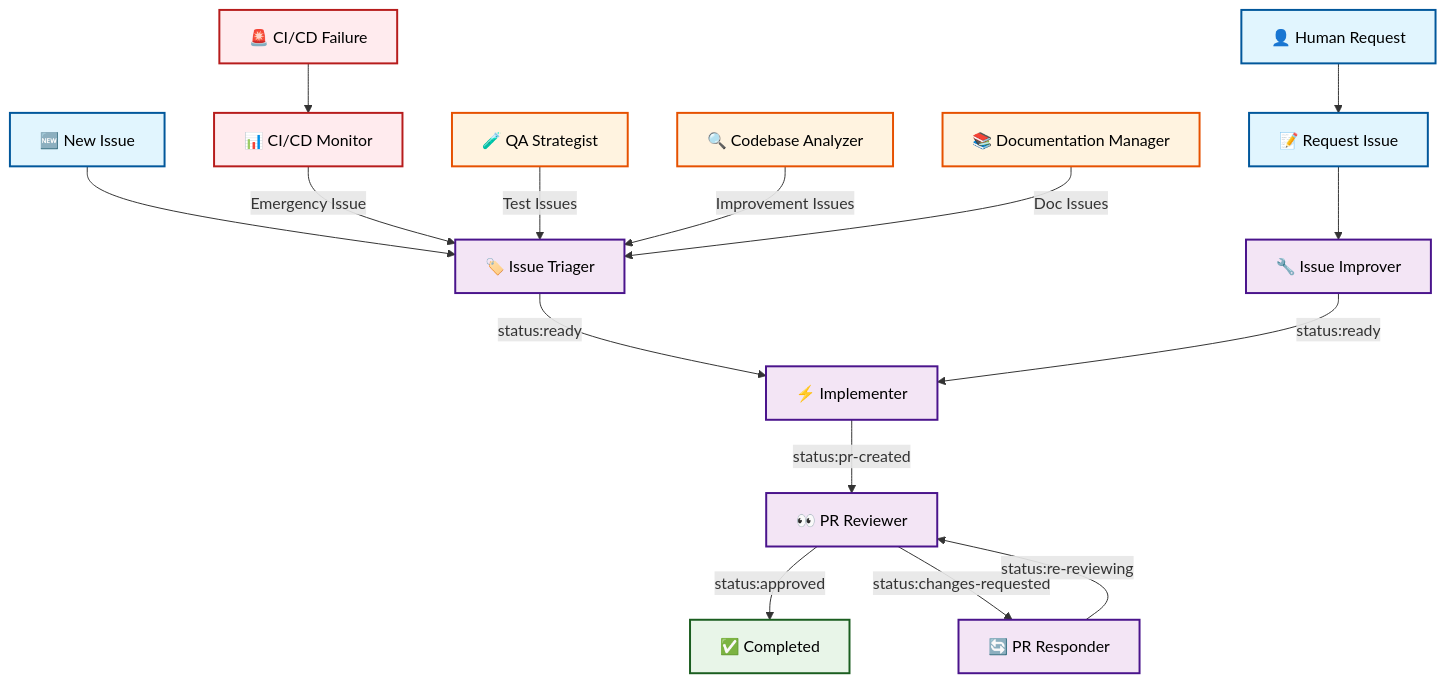
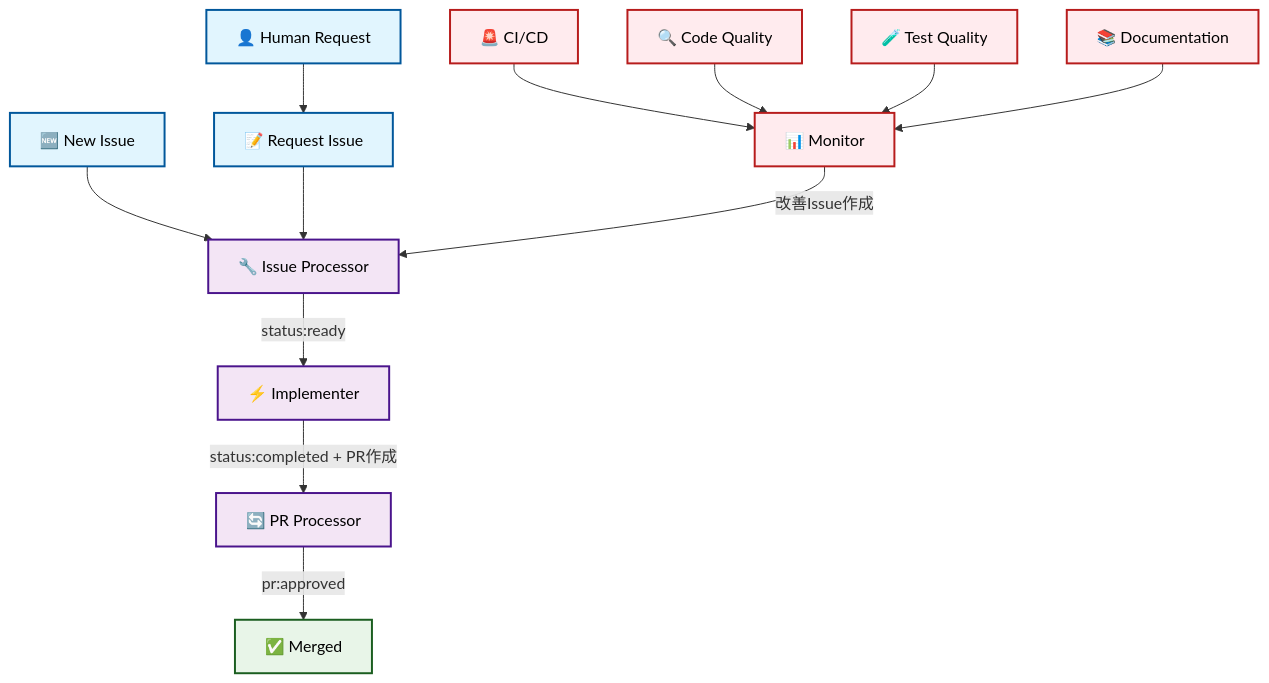
One commit to sotaroNishioka/claude-developer changed the first of 3 diagrams in README.md. Above: the diagram before and after it, drawn with Mermaid. The commit also changed other lines of this file and 12 other files, not shown here.

````diff
--- a/README.md
+++ b/README.md
@@ -133,39 +135,34 @@
 ```mermaid
 graph TD
     %% 人間からの入力
     HumanRequest[👤 Human Request] --> RequestIssue[📝 Request Issue]
-    NewIssue[🆕 New Issue] --> IssueTriager
+    NewIssue[🆕 New Issue] --> IssueProcessor
 
-    %% Issue処理フロー  
-    RequestIssue --> IssueImprover[🔧 Issue Improver]
-    IssueTriager[🏷️ Issue Triager] --> |status:ready| Implementer[⚡ Implementer]
-    IssueImprover --> |status:ready| Implementer
+    %% Issue処理フロー（統合）
+    RequestIssue --> IssueProcessor[🔧 Issue Processor]
+    IssueProcessor --> |status:ready| Implementer[⚡ Implementer]
     
-    %% 実装・レビューサイクル
-    Implementer --> |status:pr-created| PRReviewer[👀 PR Reviewer]
-    PRReviewer --> |status:approved| Completed[✅ Completed]
-    PRReviewer --> |status:changes-requested| PRResponder[🔄 PR Responder]
-    PRResponder --> |status:re-reviewing| PRReviewer
+    %% 実装・レビューサイクル（統合）
+    Implementer --> |status:completed + PR作成| PRProcessor[🔄 PR Processor]
+    PRProcessor --> |pr:approved| Merged[✅ Merged]
     
-    %% CI/CD監視フロー
-    CICDFailure[🚨 CI/CD Failure] --> CICDMonitor[📊 CI/CD Monitor]
-    CICDMonitor --> |Emergency Issue| IssueTriager
+    %% 監視・分析フロー（統合）
+    Monitor[📊 Monitor] --> |改善Issue作成| IssueProcessor
     
-    %% 品質・分析支援フロー
-    QAStrategist[🧪 QA Strategist] --> |Test Issues| IssueTriager
-    CodebaseAnalyzer[🔍 Codebase Analyzer] --> |Improvement Issues| IssueTriager
-    DocumentationManager[📚 Documentation Manager] --> |Doc Issues| IssueTriager
+    %% 並行監視
+    CICDFailure[🚨 CI/CD] --> Monitor
+    CodeQuality[🔍 Code Quality] --> Monitor
+    TestQuality[🧪 Test Quality] --> Monitor
+    Documentation[📚 Documentation] --> Monitor
     
     %% スタイル設定
     classDef human fill:#e1f5fe,stroke:#01579b,stroke-width:2px,color:#000
     classDef primary fill:#f3e5f5,stroke:#4a148c,stroke-width:2px,color:#000
-    classDef support fill:#fff3e0,stroke:#e65100,stroke-width:2px,color:#000
     classDef monitor fill:#ffebee,stroke:#b71c1c,stroke-width:2px,color:#000
     classDef status fill:#e8f5e8,stroke:#1b5e20,stroke-width:2px,color:#000
     
     class HumanRequest,RequestIssue,NewIssue human
-    class IssueTriager,IssueImprover,Implementer,PRReviewer,PRResponder primary
-    class QAStrategist,CodebaseAnalyzer,DocumentationManager support
-    class CICDMonitor,CICDFailure monitor
-    class Completed status
+    class IssueProcessor,Implementer,PRProcessor primary
+    class Monitor,CICDFailure,CodeQuality,TestQuality,Documentation monitor
+    class Merged status
 ```
````
